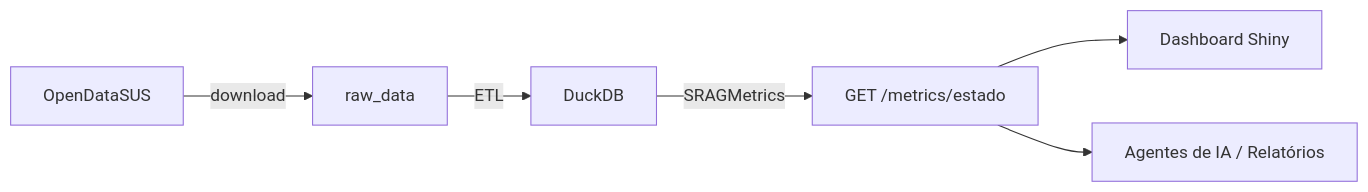
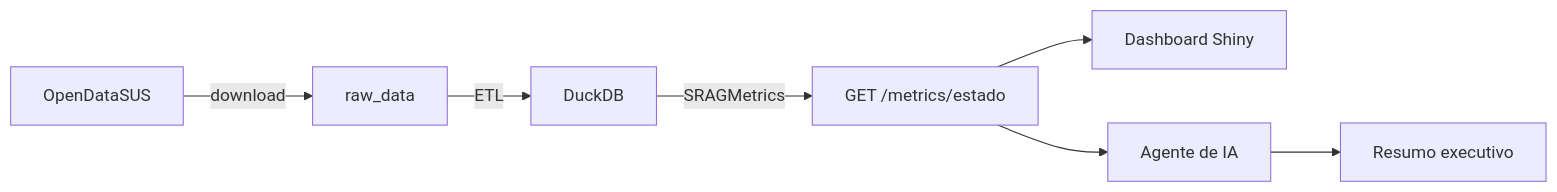
The diagram in README.md (johnwsl/srag-data-health-agent-monitor), drawn with Mermaid before and after one commit. The commit also changed other lines of this file, not shown here.

````diff
--- a/README.md
+++ b/README.md
@@ -55,8 +73,9 @@
 ```mermaid
 flowchart LR
     A[OpenDataSUS] -->|download| B[raw_data]
     B -->|ETL| C[DuckDB]
     C -->|SRAGMetrics| D[GET /metrics/estado]
     D --> E[Dashboard Shiny]
-    D --> F[Agentes de IA / Relatórios]
+    D --> F[Agente de IA]
+    F --> G[Resumo executivo]
 ```
````
